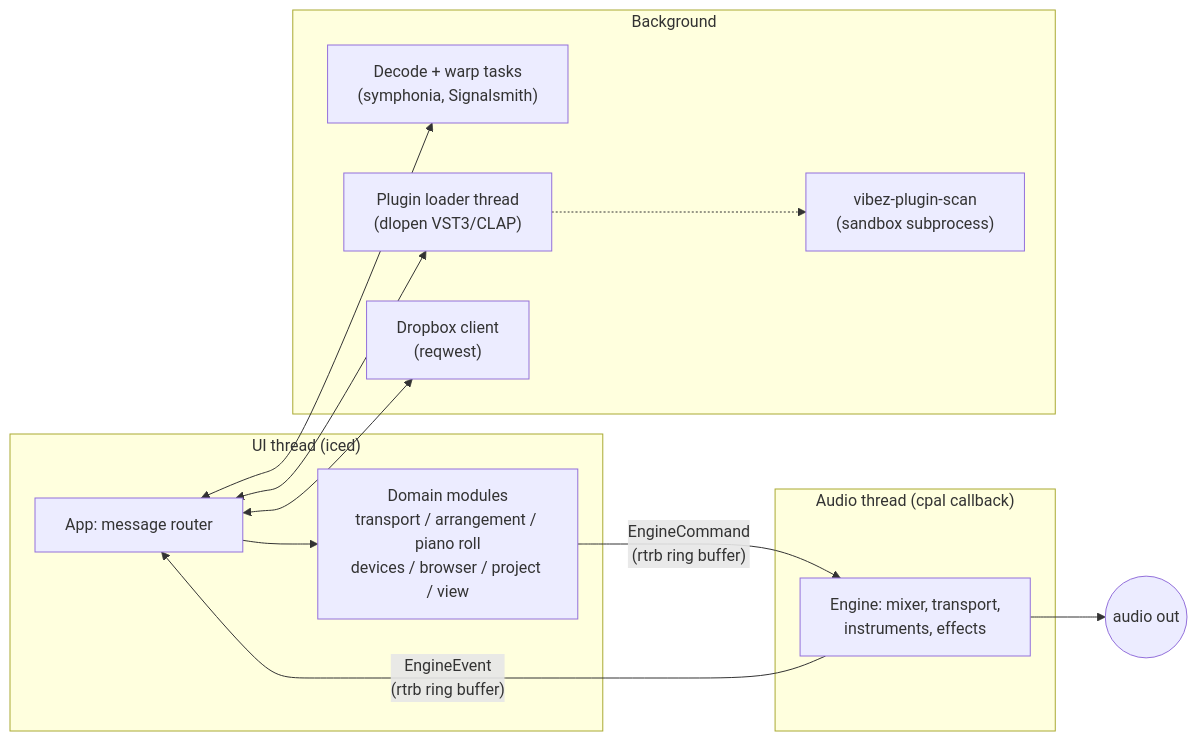
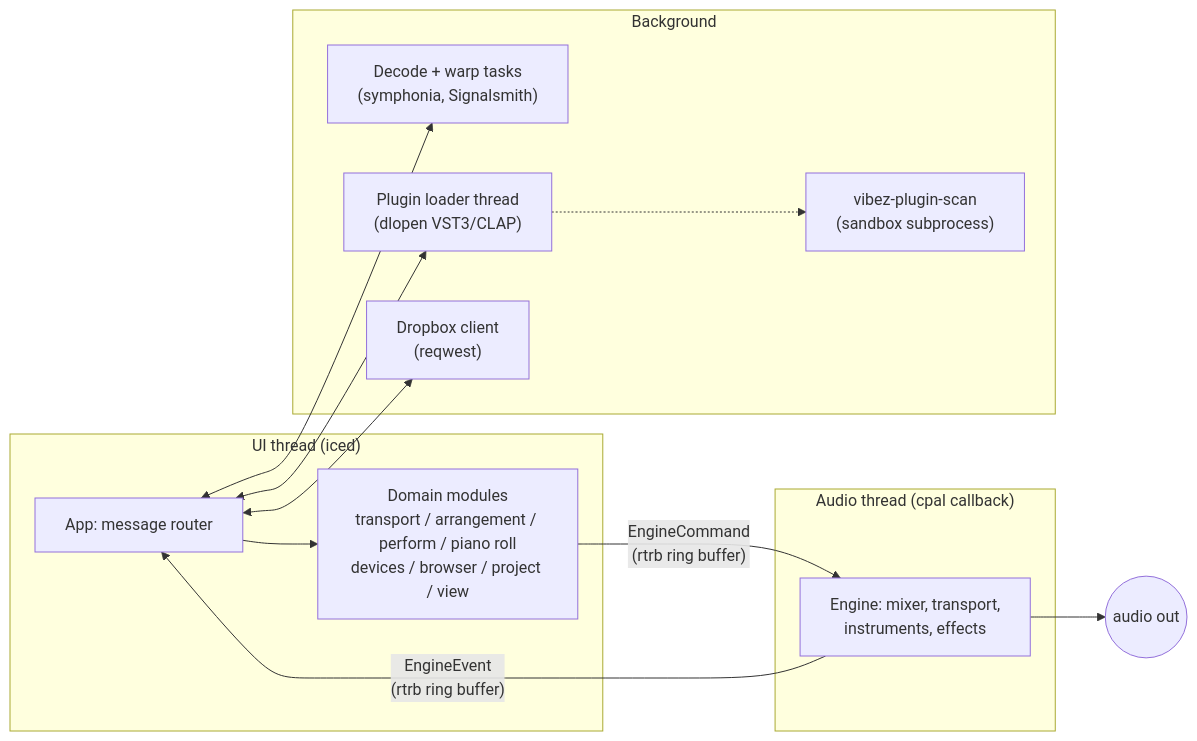
One commit to alexanderwanyoike/vibez changed the first of 4 diagrams in docs/ARCHITECTURE.md. Above: the diagram before and after it, drawn with Mermaid. The commit also changed other lines of this file and 11 other files, not shown here.

````diff
--- a/docs/ARCHITECTURE.md
+++ b/docs/ARCHITECTURE.md
@@ -14,27 +14,27 @@
 ```mermaid
 flowchart LR
     subgraph UI["UI thread (iced)"]
         APP["App: message router"]
-        DOM["Domain modules<br/>transport / arrangement / piano roll<br/>devices / browser / project / view"]
+        DOM["Domain modules<br/>transport / arrangement / perform / piano roll<br/>devices / browser / project / view"]
         APP --> DOM
     end
 
     subgraph AUDIO["Audio thread (cpal callback)"]
         ENG["Engine: mixer, transport,<br/>instruments, effects"]
     end
 
     subgraph BG["Background"]
         DEC["Decode + warp tasks<br/>(symphonia, Signalsmith)"]
         LOAD["Plugin loader thread<br/>(dlopen VST3/CLAP)"]
         SCAN["vibez-plugin-scan<br/>(sandbox subprocess)"]
         DBX["Dropbox client<br/>(reqwest)"]
     end
 
     DOM -- "EngineCommand<br/>(rtrb ring buffer)" --> ENG
     ENG -- "EngineEvent<br/>(rtrb ring buffer)" --> APP
     APP <--> DEC
     APP <--> LOAD
     APP <--> DBX
     LOAD -.-> SCAN
     ENG --> OUT(("audio out"))
 ```
````
